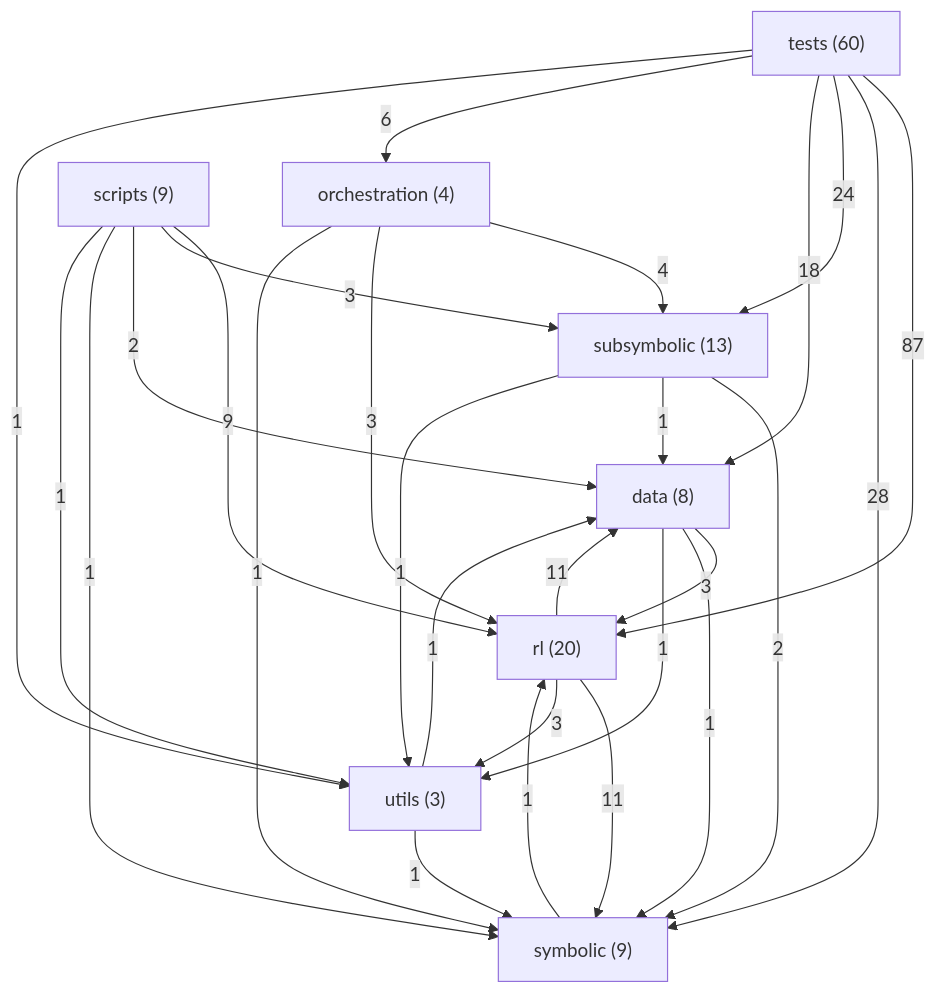
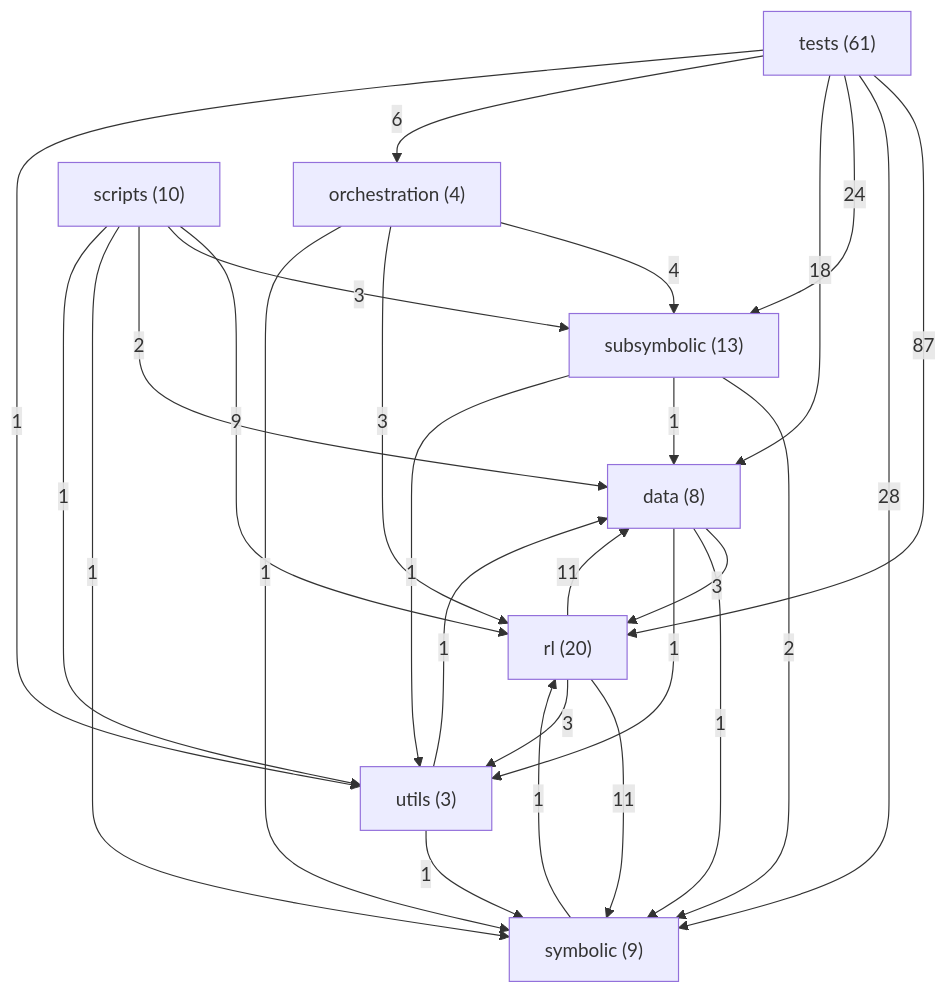
Before and after one commit to danrd/ARC-AGI: the diagram in ARCHITECTURE.md, drawn with Mermaid. The commit also changed other lines of this file and 2 other files, not shown here.

````diff
--- a/ARCHITECTURE.md
+++ b/ARCHITECTURE.md
@@ -159,37 +161,37 @@
 ```mermaid
 graph TD
   data["data (8)"]
   orchestration["orchestration (4)"]
   rl["rl (20)"]
-  scripts["scripts (9)"]
+  scripts["scripts (10)"]
   subsymbolic["subsymbolic (13)"]
   symbolic["symbolic (9)"]
-  tests["tests (60)"]
+  tests["tests (61)"]
   utils["utils (3)"]
   tests -->|87| rl
   tests -->|28| symbolic
   tests -->|24| subsymbolic
   tests -->|18| data
   rl -->|11| data
   rl -->|11| symbolic
   scripts -->|9| rl
   tests -->|6| orchestration
   orchestration -->|4| subsymbolic
   data -->|3| rl
   orchestration -->|3| rl
   rl -->|3| utils
   scripts -->|3| subsymbolic
   scripts -->|2| data
   subsymbolic -->|2| symbolic
   data -->|1| symbolic
   data -->|1| utils
   orchestration -->|1| symbolic
   scripts -->|1| symbolic
   scripts -->|1| utils
   subsymbolic -->|1| data
   subsymbolic -->|1| utils
   symbolic -->|1| rl
   tests -->|1| utils
   utils -->|1| data
   utils -->|1| symbolic
 ```
````
